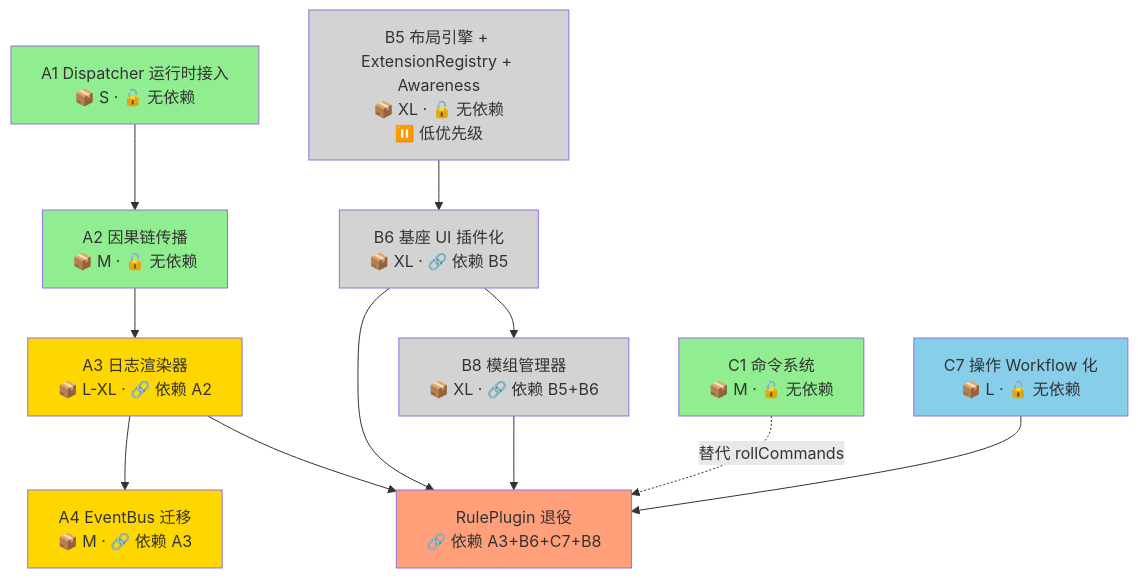
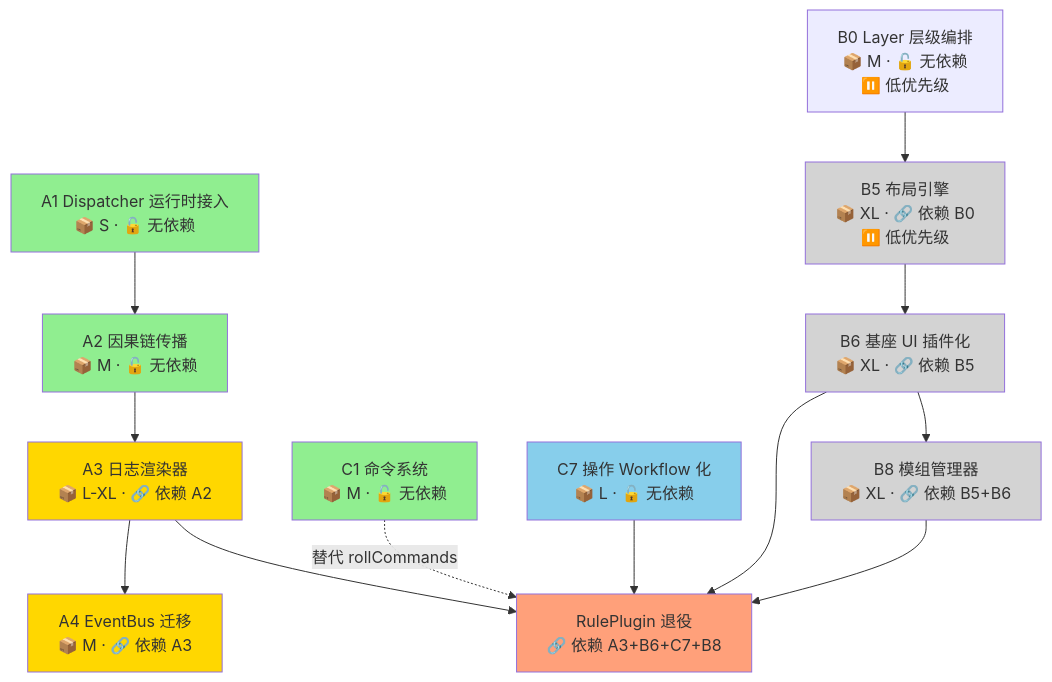
The eighth of 18 diagrams in docs/design/17-插件系统演进路线.md (RidRisR/myVTT), drawn with Mermaid before and after one commit. The commit also changed other lines of this file and 2 other files, not shown here.

First line of the commit message:
docs: update roadmap for Phase 3 completion and layer orchestration plan (#183)

````diff
--- a/docs/design/17-插件系统演进路线.md
+++ b/docs/design/17-插件系统演进路线.md
@@ -293,31 +297,33 @@
 ```mermaid
 graph TD
     A1["A1 Dispatcher 运行时接入<br/>📦 S · 🔓 无依赖"]
     A2["A2 因果链传播<br/>📦 M · 🔓 无依赖"]
     A3["A3 日志渲染器<br/>📦 L-XL · 🔗 依赖 A2"]
     A4["A4 EventBus 迁移<br/>📦 M · 🔗 依赖 A3"]
-    B1["B5 布局引擎 + ExtensionRegistry + Awareness<br/>📦 XL · 🔓 无依赖<br/>⏸️ 低优先级"]
+    B0["B0 Layer 层级编排<br/>📦 M · 🔓 无依赖<br/>⏸️ 低优先级"]
+    B1["B5 布局引擎<br/>📦 XL · 🔗 依赖 B0<br/>⏸️ 低优先级"]
     B2["B6 基座 UI 插件化<br/>📦 XL · 🔗 依赖 B5"]
     C1["C1 命令系统<br/>📦 M · 🔓 无依赖"]
     C2["C7 操作 Workflow 化<br/>📦 L · 🔓 无依赖"]
     B3["B8 模组管理器<br/>📦 XL · 🔗 依赖 B5+B6"]
     FIN["RulePlugin 退役<br/>🔗 依赖 A3+B6+C7+B8"]
 
     A1 --> A2 --> A3 --> A4
     A3 --> FIN
+    B0 --> B1
     B1 --> B2 --> FIN
     B2 --> B3 --> FIN
     C1 -.->|替代 rollCommands| FIN
     C2 --> FIN
 
     style A1 fill:#90EE90
     style A2 fill:#90EE90
     style C1 fill:#90EE90
     style A3 fill:#FFD700
     style A4 fill:#FFD700
     style B1 fill:#D3D3D3
     style B2 fill:#D3D3D3
     style B3 fill:#D3D3D3
     style C2 fill:#87CEEB
     style FIN fill:#FFA07A
 ```
````
